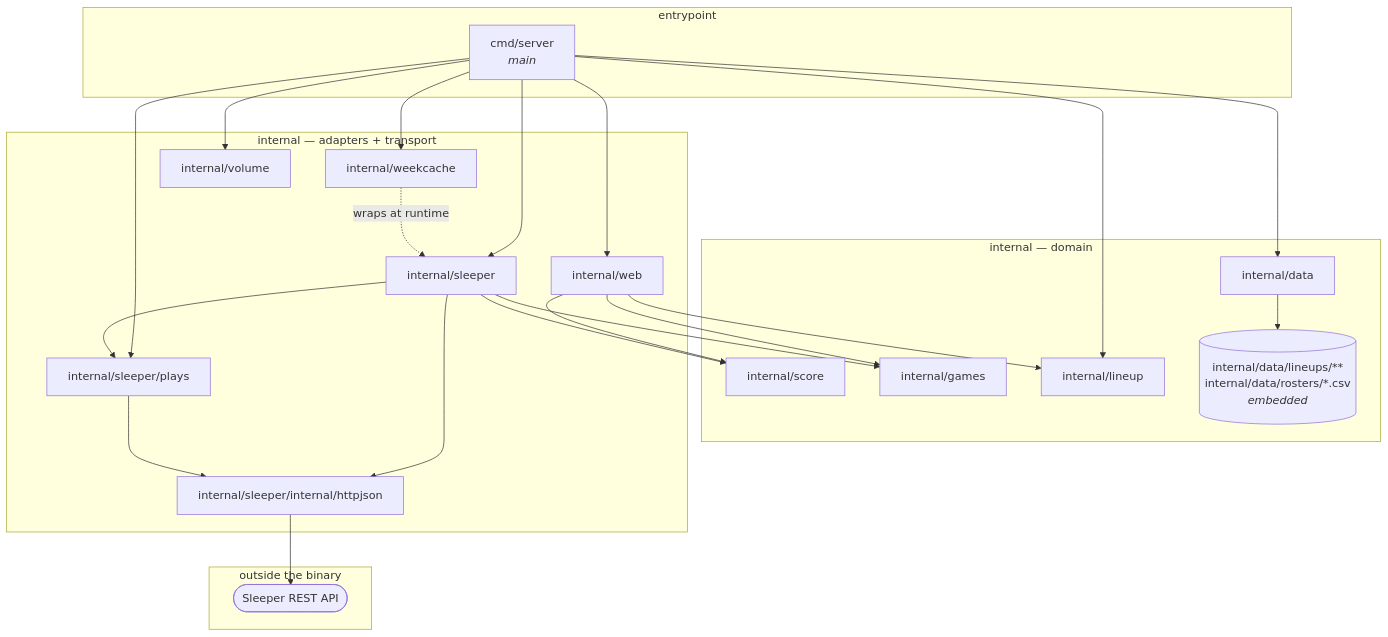
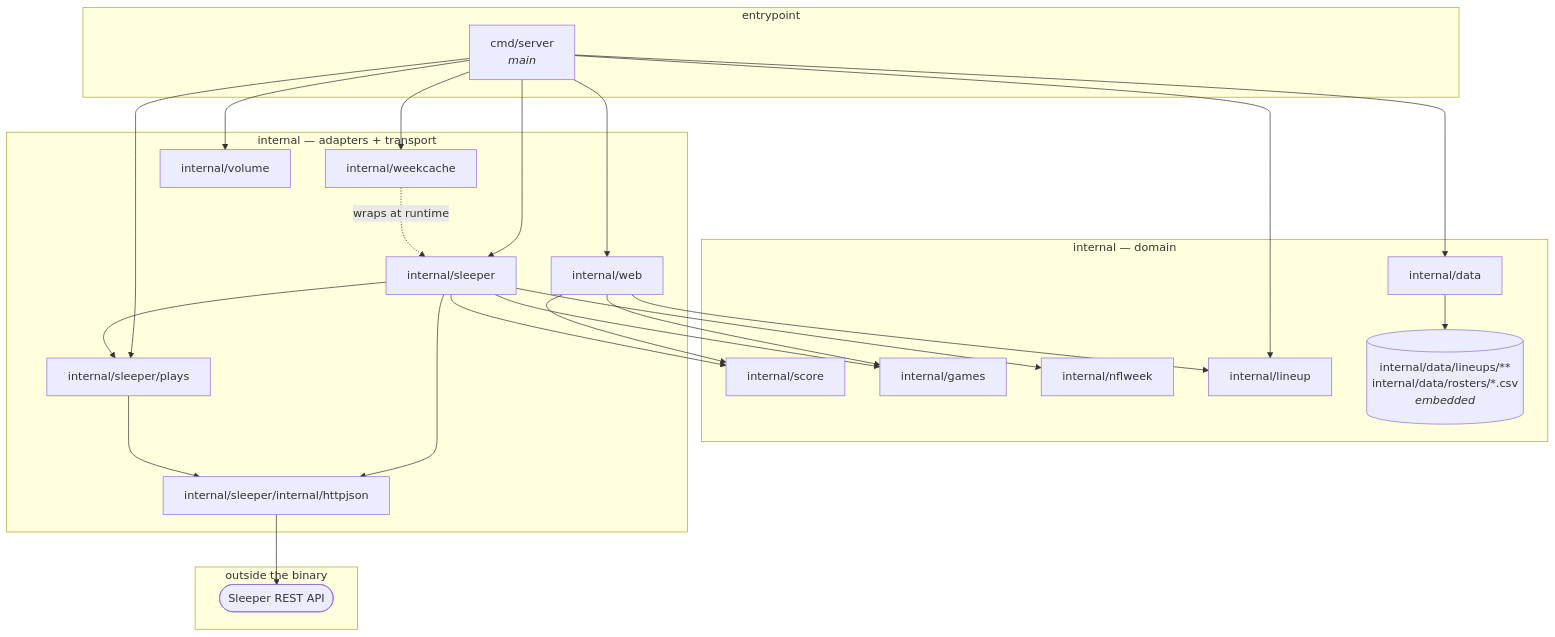
The diagram in docs/package-dependencies.md (eshifrin-606/bojjaes), drawn with Mermaid before and after one commit. The commit also changed other lines of this file and 19 other files, not shown here.

````diff
--- a/docs/package-dependencies.md
+++ b/docs/package-dependencies.md
@@ -13,43 +13,45 @@
 ```mermaid
 graph TD
     subgraph entry["entrypoint"]
         main["cmd/server<br/><i>main</i>"]
     end
     subgraph domain["internal — domain"]
         score["internal/score"]
         games["internal/games"]
+        nflweek["internal/nflweek"]
         lineup["internal/lineup"]
         data["internal/data"]
         files[("internal/data/lineups/**<br/>internal/data/rosters/*.csv<br/><i>embedded</i>")]
     end
     subgraph adapters["internal — adapters + transport"]
         sleeperpkg["internal/sleeper"]
         plays["internal/sleeper/plays"]
         httpjson["internal/sleeper/internal/httpjson"]
         weekcache["internal/weekcache"]
         volume["internal/volume"]
         web["internal/web"]
     end
     subgraph ext["outside the binary"]
         sleeper(["Sleeper REST API"])
     end
 
     main --> web
     main --> weekcache
     main --> sleeperpkg
     main --> plays
     main --> lineup
     main --> data
     main --> volume
     web --> score
     web --> games
     web --> lineup
     sleeperpkg --> score
     sleeperpkg --> games
+    sleeperpkg --> nflweek
     sleeperpkg --> plays
     sleeperpkg --> httpjson
     plays --> httpjson
     httpjson --> sleeper
     weekcache -. wraps at runtime .-> sleeperpkg
     data --> files
 ```
````
